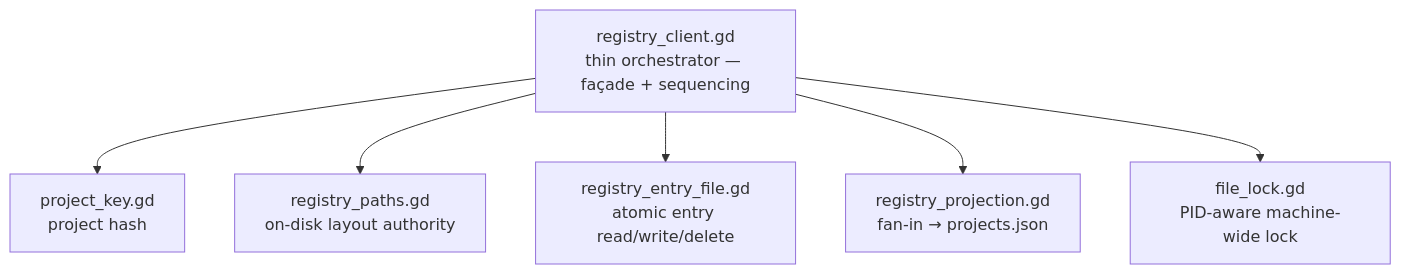
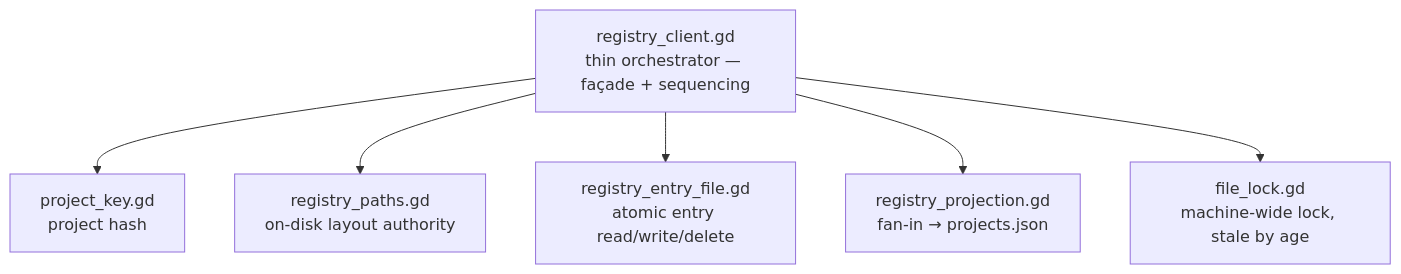
One commit to NPGameDev/godot-mcp-toolkit changed the ninth of 13 diagrams in docs/architecture/README.md. Above: the diagram before and after it, drawn with Mermaid. The commit also changed other lines of this file and 5 other files, not shown here.

First line of the commit message:
docs(arch): re-attest the sections the registry lock fix made stale

````diff
--- a/docs/architecture/README.md
+++ b/docs/architecture/README.md
@@ -462,9 +462,9 @@
 ```mermaid
 flowchart TD
     rc["registry_client.gd<br/>thin orchestrator — façade + sequencing"]
     rc --> pk["project_key.gd<br/>project hash"]
     rc --> rp["registry_paths.gd<br/>on-disk layout authority"]
     rc --> ref["registry_entry_file.gd<br/>atomic entry read/write/delete"]
     rc --> proj["registry_projection.gd<br/>fan-in → projects.json"]
-    rc --> lock["file_lock.gd<br/>PID-aware machine-wide lock"]
+    rc --> lock["file_lock.gd<br/>machine-wide lock, stale by age"]
 ```
````
